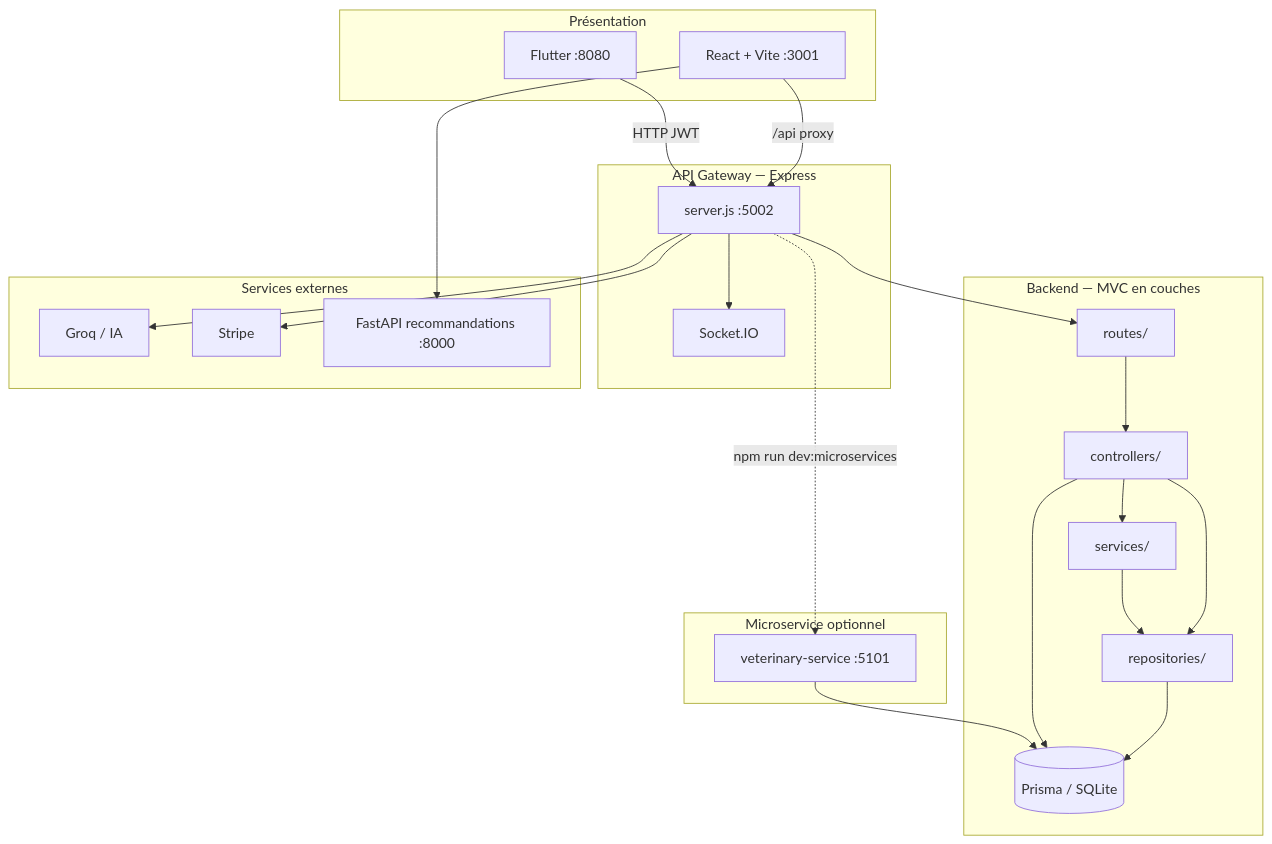
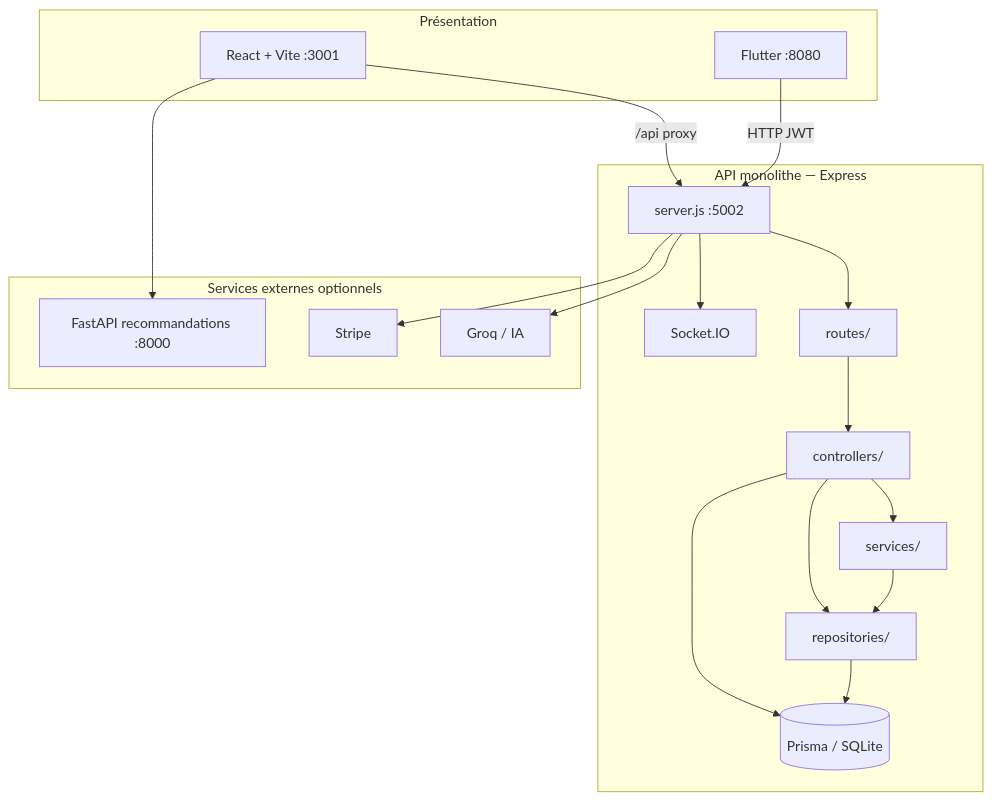
Before and after one commit to GhassenEl/frontend-petfood: the diagram in ARCHITECTURE.md, drawn with Mermaid. The commit also changed other lines of this file and 1 other file, not shown here.

First line of the commit message:
docs: architecture monolithe, retrait references microservices

````diff
--- a/ARCHITECTURE.md
+++ b/ARCHITECTURE.md
@@ -9,46 +9,37 @@
 ```mermaid
 flowchart TB
   subgraph presentation [Présentation]
     Web[React + Vite :3001]
     Mobile[Flutter :8080]
   end
 
-  subgraph gateway [API Gateway — Express]
+  subgraph api [API monolithe — Express]
     GW[server.js :5002]
     SIO[Socket.IO]
-  end
-
-  subgraph backend_layers [Backend — MVC en couches]
     R[routes/]
     C[controllers/]
     S[services/]
     REP[repositories/]
     M[(Prisma / SQLite)]
   end
 
-  subgraph optional_ms [Microservice optionnel]
-    VET[veterinary-service :5101]
-  end
-
-  subgraph external [Services externes]
+  subgraph external [Services externes optionnels]
     GROQ[Groq / IA]
     STRIPE[Stripe]
     FAST[FastAPI recommandations :8000]
   end
 
   Web -->|/api proxy| GW
   Mobile -->|HTTP JWT| GW
   GW --> R
   R --> C
   C --> S
   C --> REP
   S --> REP
   REP --> M
   C --> M
   GW --> SIO
-  GW -.->|npm run dev:microservices| VET
-  VET --> M
   GW --> GROQ
   GW --> STRIPE
   Web --> FAST
 ```
````
